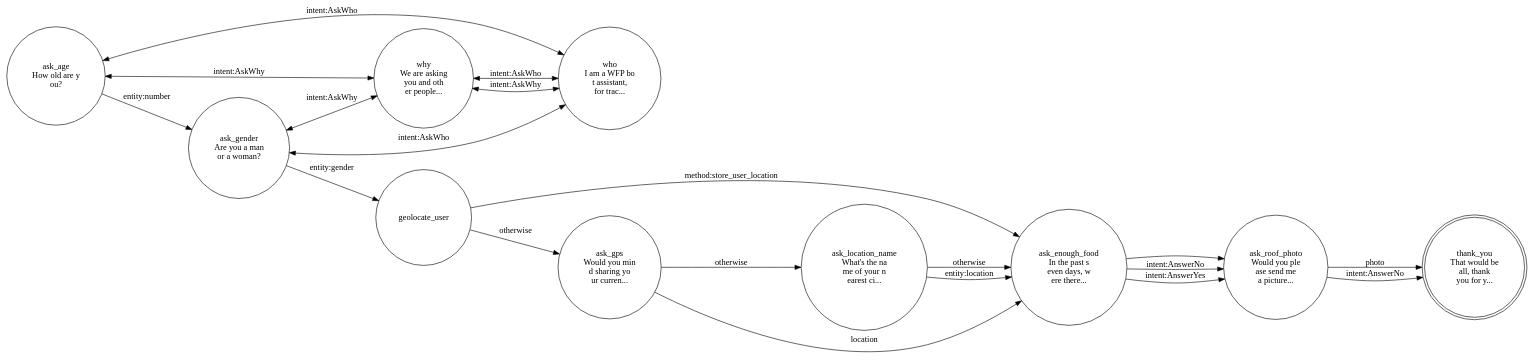
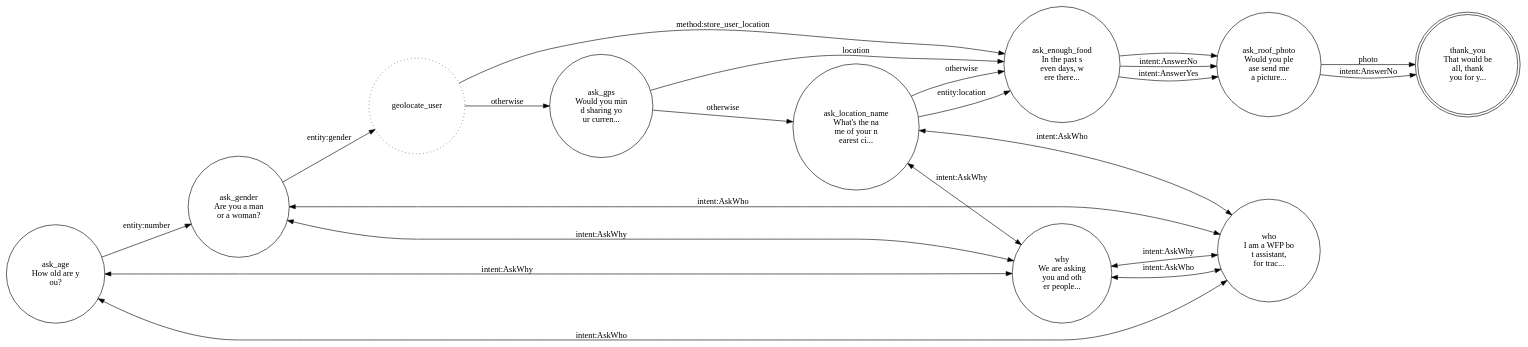
One commit to instedd/mvam-chatbot changed the diagram in data/survey.dot. Above: the diagram before and after it, drawn with Graphviz. The commit also changed 2 other files, not shown here.

Commit message:
Styling for dummy states in diagram

```diff
--- a/data/survey.dot
+++ b/data/survey.dot
@@ -1,67 +1,69 @@
 digraph survey_flow {
 	rankdir=LR;
 	size="40";
 	ask_age [ label = "ask_age
 How old are y
-ou?", shape = circle ];
+ou?", shape = circle, style= solid ];
 	ask_gender [ label = "ask_gender
 Are you a man
  or a woman?
-", shape = circle ];
+", shape = circle, style= solid ];
 	geolocate_user [ label = "geolocate_user
-", shape = circle ];
+", shape = circle, style= dotted ];
 	ask_gps [ label = "ask_gps
 Would you min
 d sharing yo
 ur curren...
-", shape = circle ];
+", shape = circle, style= solid ];
 	ask_location_name [ label = "ask_location_name
 What's the na
 me of your n
 earest ci...
-", shape = circle ];
+", shape = circle, style= solid ];
 	ask_enough_food [ label = "ask_enough_food
 In the past s
 even days, w
 ere there...
-", shape = circle ];
+", shape = circle, style= solid ];
 	ask_roof_photo [ label = "ask_roof_photo
 Would you ple
 ase send me 
 a picture...
-", shape = circle ];
+", shape = circle, style= solid ];
 	thank_you [ label = "thank_you
 That would be
  all, thank 
 you for y...
-", shape = doublecircle ];
+", shape = doublecircle, style= solid ];
 	why [ label = "why
 We are asking
  you and oth
 er people...
-", shape = circle ];
+", shape = circle, style= solid ];
 	who [ label = "who
 I am a WFP bo
 t assistant,
  for trac...
-", shape = circle ];
+", shape = circle, style= solid ];
 	ask_age -> ask_gender [ label = "entity:number", dir = forward ];
 	ask_age -> why [ label = "intent:AskWhy", dir = both ];
 	ask_age -> who [ label = "intent:AskWho", dir = both ];
 	ask_gender -> geolocate_user [ label = "entity:gender", dir = forward ];
 	ask_gender -> why [ label = "intent:AskWhy", dir = both ];
 	ask_gender -> who [ label = "intent:AskWho", dir = both ];
 	geolocate_user -> ask_enough_food [ label = "method:store_user_location", dir = forward ];
 	geolocate_user -> ask_gps [ label = "otherwise", dir = forward ];
 	ask_gps -> ask_enough_food [ label = "location", dir = forward ];
 	ask_gps -> ask_location_name [ label = "otherwise", dir = forward ];
 	ask_location_name -> ask_enough_food [ label = "entity:location", dir = forward ];
+	ask_location_name -> why [ label = "intent:AskWhy", dir = both ];
+	ask_location_name -> who [ label = "intent:AskWho", dir = both ];
 	ask_location_name -> ask_enough_food [ label = "otherwise", dir = forward ];
 	ask_enough_food -> ask_roof_photo [ label = "", dir = forward ];
 	ask_enough_food -> ask_roof_photo [ label = "intent:AnswerNo", dir = forward ];
 	ask_enough_food -> ask_roof_photo [ label = "intent:AnswerYes", dir = forward ];
 	ask_roof_photo -> thank_you [ label = "photo", dir = forward ];
 	ask_roof_photo -> thank_you [ label = "intent:AnswerNo", dir = forward ];
 	why -> who [ label = "intent:AskWho", dir = both ];
 	who -> why [ label = "intent:AskWhy", dir = both ];
 }
```
